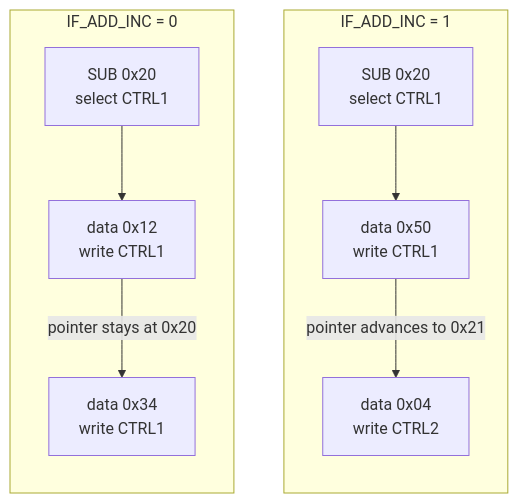
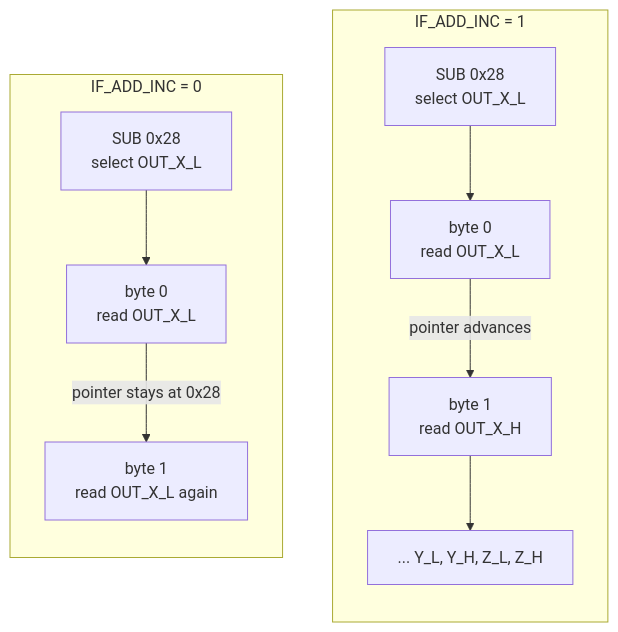
Before and after one commit to moschiel/renode-lis2dw12-tutorial: the diagram in README.md, drawn with Mermaid. The commit also changed other lines of this file and 13 other files, not shown here.

````diff
--- a/README.md
+++ b/README.md
@@ -517,16 +687,17 @@
 ```mermaid
 flowchart LR
     subgraph disabled["IF_ADD_INC = 0"]
         direction TB
-        D0["SUB 0x20<br/>select CTRL1"] --> D1["data 0x12<br/>write CTRL1"]
-        D1 -->|"pointer stays at 0x20"| D2["data 0x34<br/>write CTRL1"]
+        D0["SUB 0x28<br/>select OUT_X_L"] --> D1["byte 0<br/>read OUT_X_L"]
+        D1 -->|"pointer stays at 0x28"| D2["byte 1<br/>read OUT_X_L again"]
     end
 
     subgraph enabled["IF_ADD_INC = 1"]
         direction TB
-        E0["SUB 0x20<br/>select CTRL1"] --> E1["data 0x50<br/>write CTRL1"]
-        E1 -->|"pointer advances to 0x21"| E2["data 0x04<br/>write CTRL2"]
+        E0["SUB 0x28<br/>select OUT_X_L"] --> E1["byte 0<br/>read OUT_X_L"]
+        E1 -->|"pointer advances"| E2["byte 1<br/>read OUT_X_H"]
+        E2 --> E3["... Y_L, Y_H, Z_L, Z_H"]
     end
 
     disabled ~~~ enabled
 ```
````
